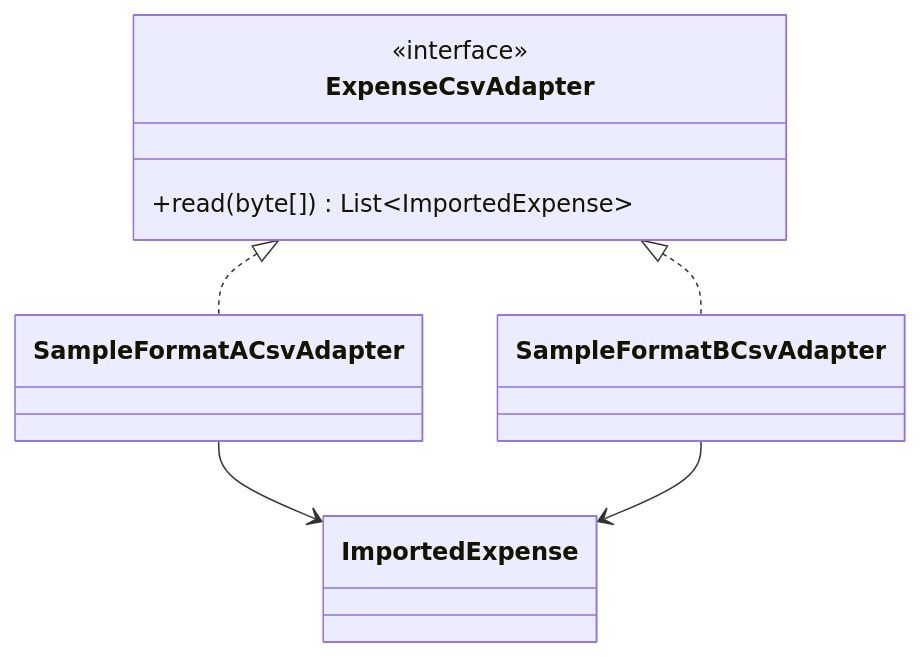
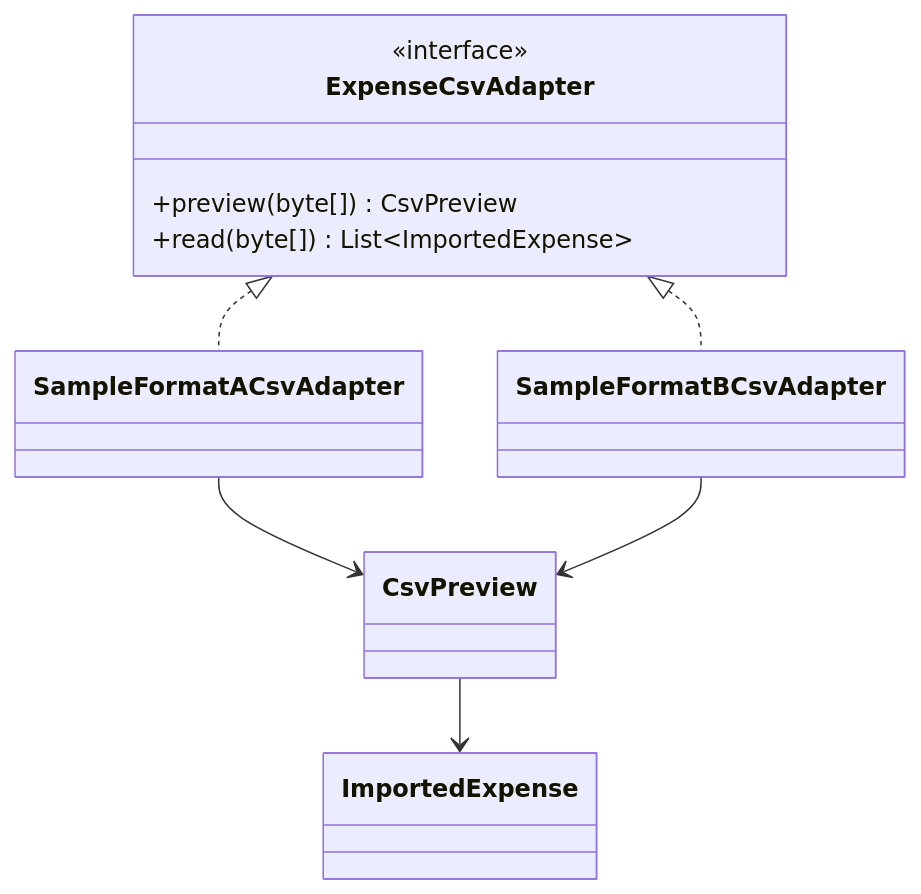
Before and after one commit to BoyTay/BankingApp: the second of 3 diagrams in docs/patterns.md, drawn with Mermaid. The commit also changed other lines of this file and 3 other files, not shown here.

Commit message:
Document the web workflow and single CSV import format

````diff
--- a/docs/patterns.md
+++ b/docs/patterns.md
@@ -39,14 +39,17 @@
 ```mermaid
 classDiagram
   class ExpenseCsvAdapter {
     <<interface>>
+    +preview(byte[]) CsvPreview
     +read(byte[]) List~ImportedExpense~
   }
   class SampleFormatACsvAdapter
   class SampleFormatBCsvAdapter
+  class CsvPreview
   class ImportedExpense
   ExpenseCsvAdapter <|.. SampleFormatACsvAdapter
   ExpenseCsvAdapter <|.. SampleFormatBCsvAdapter
-  SampleFormatACsvAdapter --> ImportedExpense
-  SampleFormatBCsvAdapter --> ImportedExpense
+  SampleFormatACsvAdapter --> CsvPreview
+  SampleFormatBCsvAdapter --> CsvPreview
+  CsvPreview --> ImportedExpense
 ```
````
